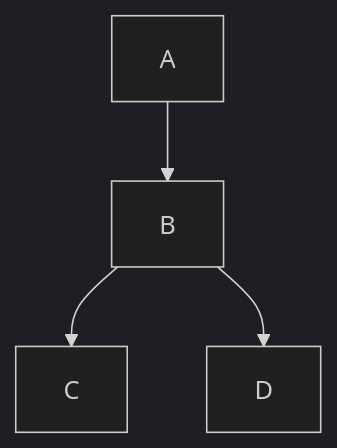
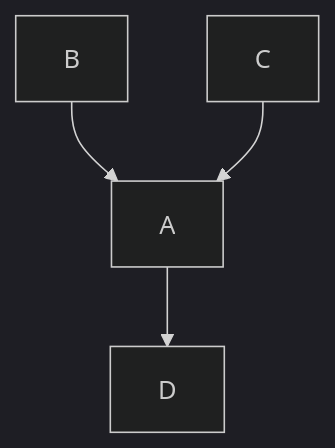
The diagram in test1.md (chanduujjina/JSE_Practice_2025_B1), drawn with Mermaid (dark theme) before and after one commit.

````diff
--- a/test1.md
+++ b/test1.md
@@ -1,6 +1,6 @@
 ```mermaid
 graph TD;
-    A-->B;
-    B-->C;
-    B-->D
+    B-->A;
+    C-->A;
+    A-->D
 ```
````
